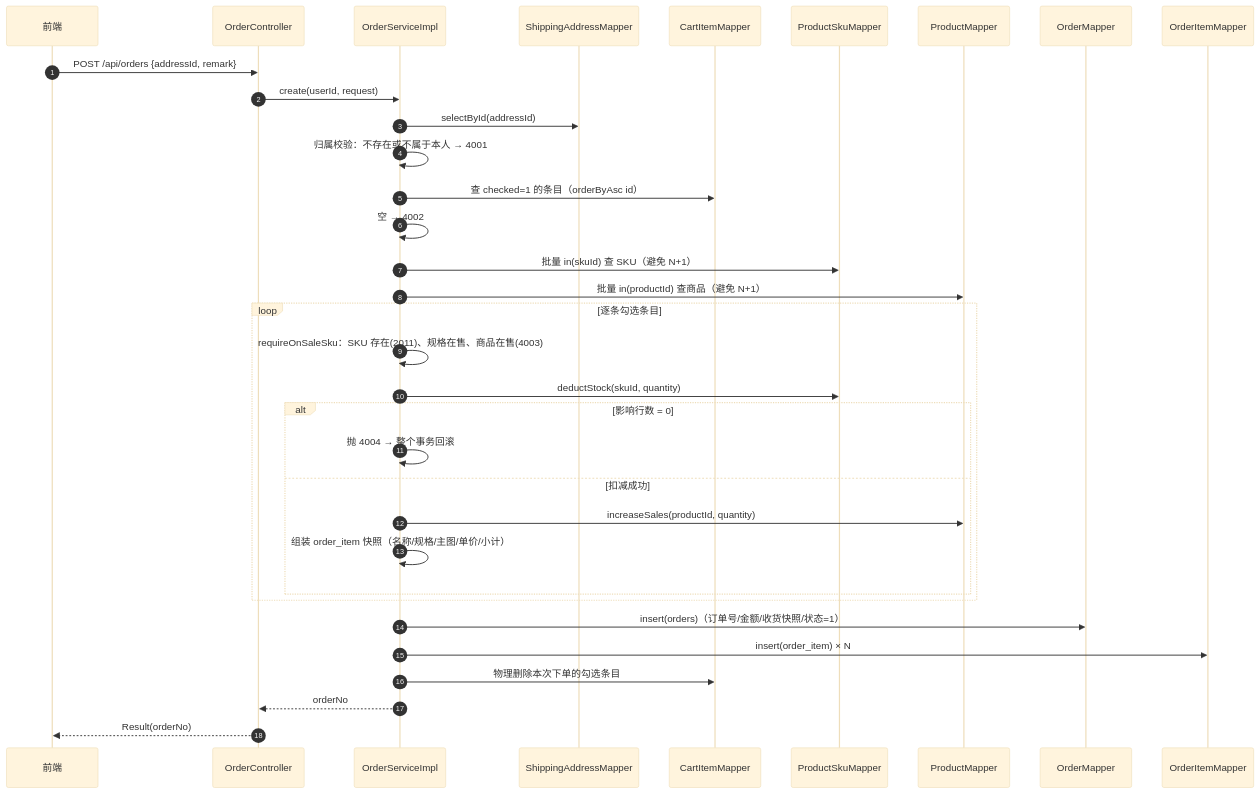
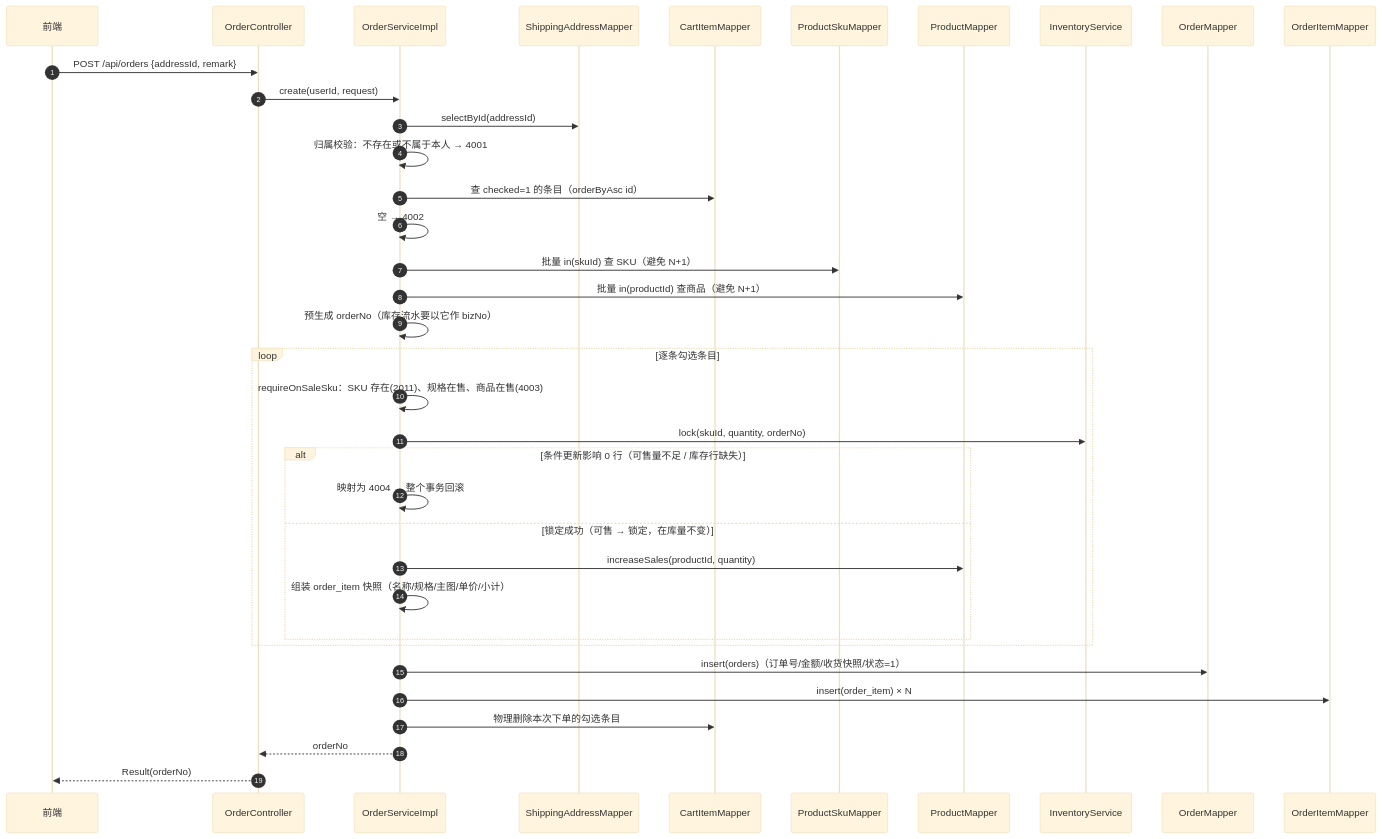
The first of 2 diagrams in docs/order-module.md (qihb/shopping-springboot), drawn with Mermaid (base theme) before and after one commit. The commit also changed other lines of this file and 7 other files, not shown here.

````diff
--- a/docs/order-module.md
+++ b/docs/order-module.md
@@ -78,37 +78,39 @@
 ```mermaid
 sequenceDiagram
     autonumber
     participant FE as 前端
     participant C as OrderController
     participant S as OrderServiceImpl
     participant AM as ShippingAddressMapper
     participant CM as CartItemMapper
     participant SM as ProductSkuMapper
     participant PM as ProductMapper
+    participant IVS as InventoryService
     participant OM as OrderMapper
     participant IM as OrderItemMapper
 
     FE->>C: POST /api/orders {addressId, remark}
     C->>S: create(userId, request)  # @Transactional 开启
     S->>AM: selectById(addressId)
     S->>S: 归属校验：不存在或不属于本人 → 4001
     S->>CM: 查 checked=1 的条目（orderByAsc id）
     S->>S: 空 → 4002
     S->>SM: 批量 in(skuId) 查 SKU（避免 N+1）
     S->>PM: 批量 in(productId) 查商品（避免 N+1）
+    S->>S: 预生成 orderNo（库存流水要以它作 bizNo）
     loop 逐条勾选条目
         S->>S: requireOnSaleSku：SKU 存在(2011)、规格在售、商品在售(4003)
-        S->>SM: deductStock(skuId, quantity)
-        alt 影响行数 = 0
-            S->>S: 抛 4004 → 整个事务回滚
-        else 扣减成功
+        S->>IVS: lock(skuId, quantity, orderNo)
+        alt 条件更新影响 0 行（可售量不足 / 库存行缺失）
+            S->>S: 映射为 4004 → 整个事务回滚
+        else 锁定成功（可售 → 锁定，在库量不变）
             S->>PM: increaseSales(productId, quantity)
             S->>S: 组装 order_item 快照（名称/规格/主图/单价/小计）
         end
     end
     S->>OM: insert(orders)（订单号/金额/收货快照/状态=1）
     S->>IM: insert(order_item) × N
     S->>CM: 物理删除本次下单的勾选条目
     S-->>C: orderNo
     C-->>FE: Result(orderNo)
 ```
````
